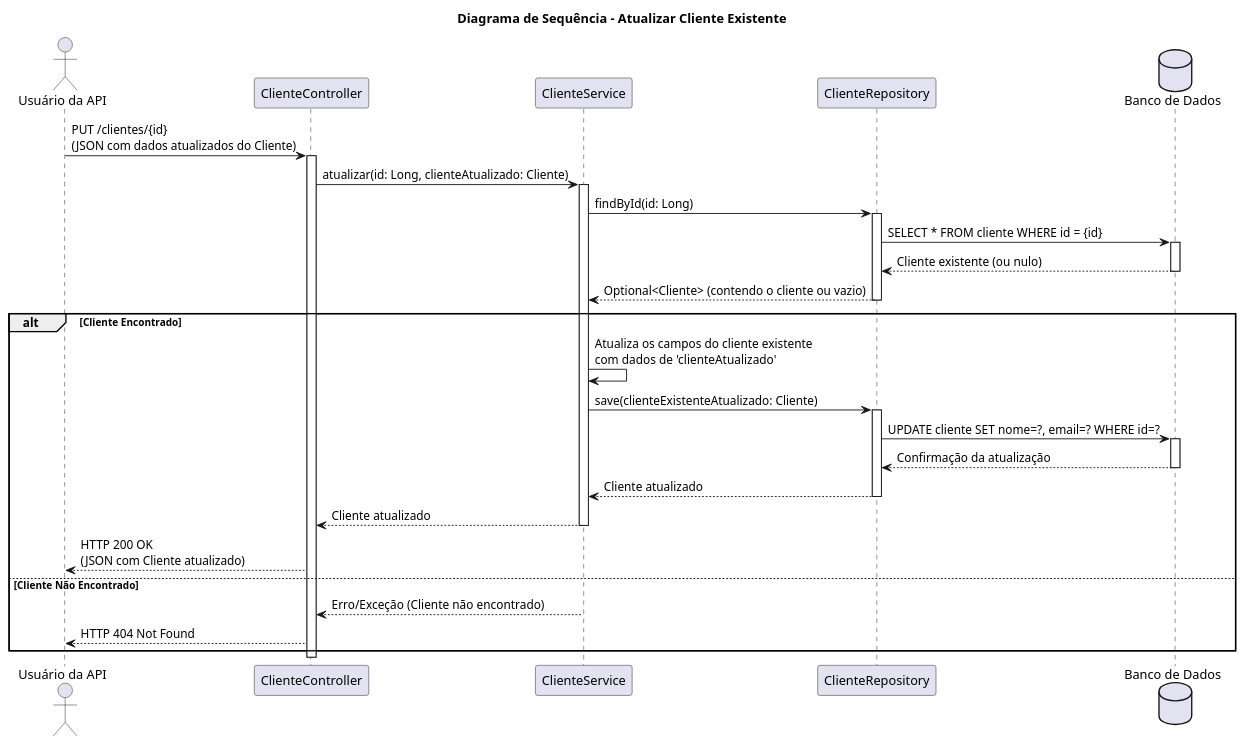
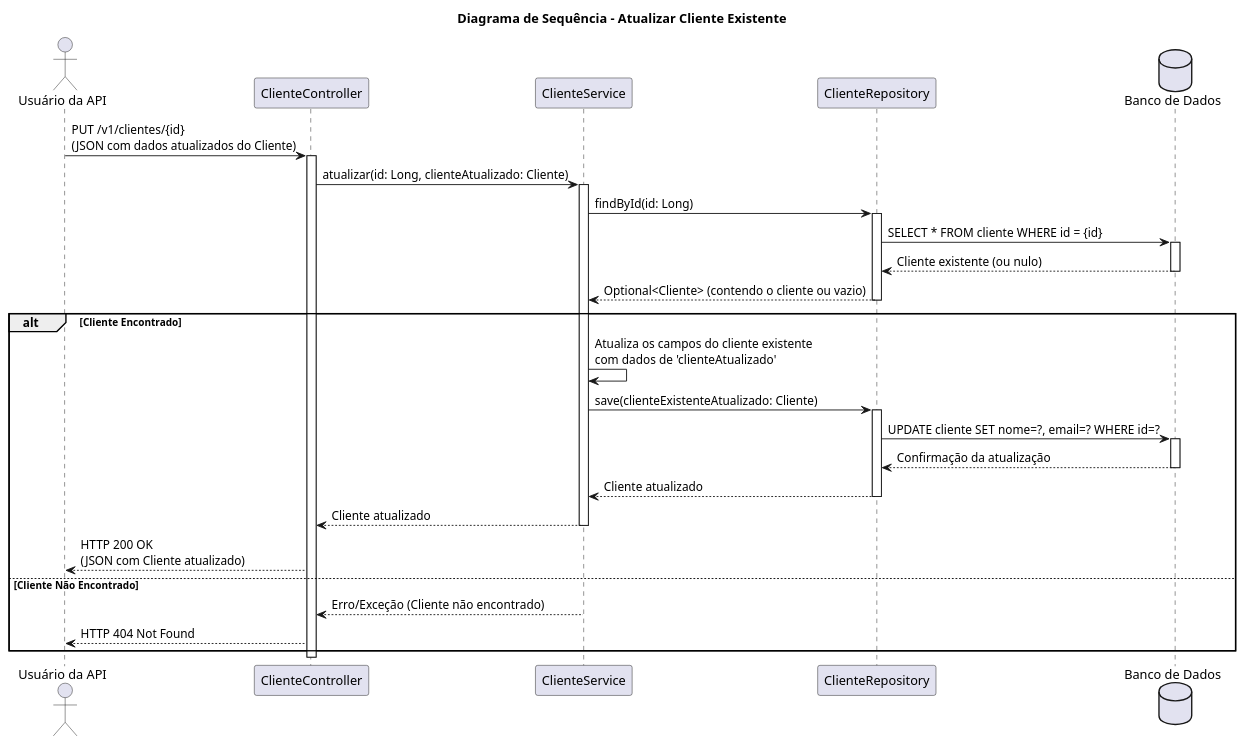
Before and after one commit to FabianoSilveira2017/desafio-final-api-clientes: the diagram in diagrama_sequencia_atualizar.puml, drawn with PlantUML. The commit also changed 14 other files, not shown here.

```diff
--- a/diagrama_sequencia_atualizar.puml
+++ b/diagrama_sequencia_atualizar.puml
@@ -1,49 +1,49 @@
 @startuml AtualizarClienteSequence
 title Diagrama de Sequência - Atualizar Cliente Existente
 
 actor "Usuário da API" as User
 participant "ClienteController" as Controller
 participant "ClienteService" as Service
 participant "ClienteRepository" as Repository
 database "Banco de Dados" as DB
 
-User -> Controller: PUT /clientes/{id}\n(JSON com dados atualizados do Cliente)
+User -> Controller: PUT /v1/clientes/{id}\n(JSON com dados atualizados do Cliente)
 activate Controller
 
 Controller -> Service: atualizar(id: Long, clienteAtualizado: Cliente)
 activate Service
 
 ' Opcional, mas comum: Service verifica se o cliente existe primeiro
 Service -> Repository: findById(id: Long)
 activate Repository
 Repository -> DB: SELECT * FROM cliente WHERE id = {id}
 activate DB
 DB --> Repository: Cliente existente (ou nulo)
 deactivate DB
 Repository --> Service: Optional<Cliente> (contendo o cliente ou vazio)
 deactivate Repository
 
 alt Cliente Encontrado
     Service -> Service: Atualiza os campos do cliente existente \ncom dados de 'clienteAtualizado'
     Service -> Repository: save(clienteExistenteAtualizado: Cliente)
     activate Repository
     Repository -> DB: UPDATE cliente SET nome=?, email=? WHERE id=?
     activate DB
     DB --> Repository: Confirmação da atualização
     deactivate DB
     Repository --> Service: Cliente atualizado
     deactivate Repository
 
     Service --> Controller: Cliente atualizado
     deactivate Service
 
     Controller --> User: HTTP 200 OK\n(JSON com Cliente atualizado)
 else Cliente Não Encontrado
     Service --> Controller: Erro/Exceção (Cliente não encontrado)
     deactivate Service
     Controller --> User: HTTP 404 Not Found
 end
 
 deactivate Controller
 
 @enduml
```
